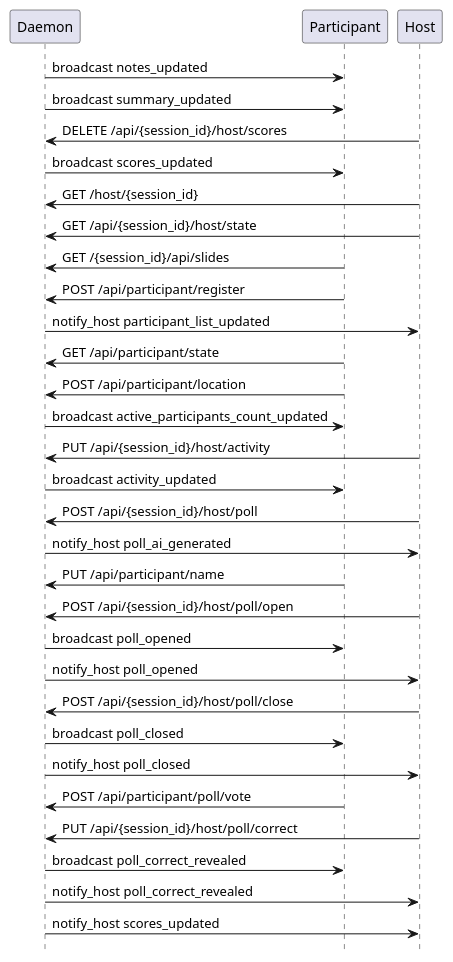
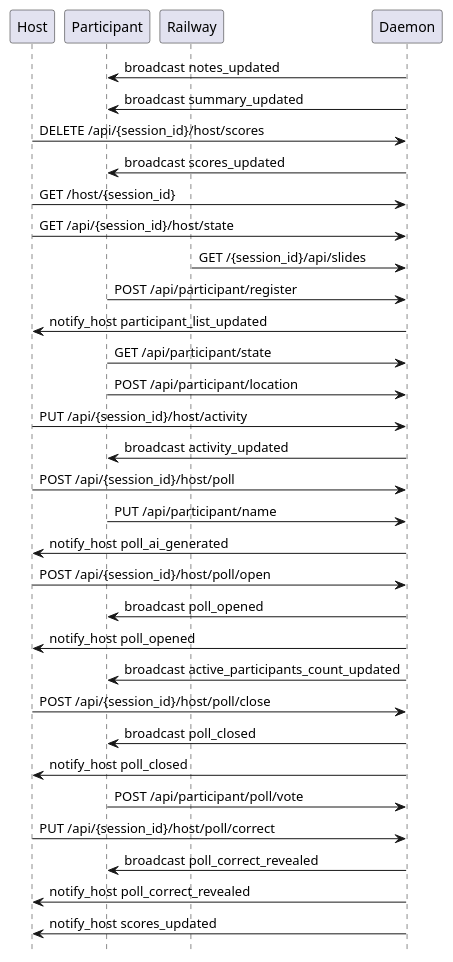
Before and after one commit to victorrentea/training-assistant: the diagram in docs/sequences/generated/03-poll-and-quiz.puml, drawn with PlantUML. The commit also changed 1 other file, not shown here.

```diff
--- a/docs/sequences/generated/03-poll-and-quiz.puml
+++ b/docs/sequences/generated/03-poll-and-quiz.puml
@@ -1,37 +1,38 @@
 @startuml
 hide footbox
 
+participant "Host"
+participant "Participant"
+participant "Railway"
 participant "Daemon"
-participant "Participant"
-participant "Host"
 
 "Daemon" -> "Participant": broadcast notes_updated
 "Daemon" -> "Participant": broadcast summary_updated
 "Host" -> "Daemon": DELETE /api/{session_id}/host/scores
 "Daemon" -> "Participant": broadcast scores_updated
 "Host" -> "Daemon": GET /host/{session_id}
 "Host" -> "Daemon": GET /api/{session_id}/host/state
-"Participant" -> "Daemon": GET /{session_id}/api/slides
+"Railway" -> "Daemon": GET /{session_id}/api/slides
 "Participant" -> "Daemon": POST /api/participant/register
 "Daemon" -> "Host": notify_host participant_list_updated
 "Participant" -> "Daemon": GET /api/participant/state
 "Participant" -> "Daemon": POST /api/participant/location
-"Daemon" -> "Participant": broadcast active_participants_count_updated
 "Host" -> "Daemon": PUT /api/{session_id}/host/activity
 "Daemon" -> "Participant": broadcast activity_updated
 "Host" -> "Daemon": POST /api/{session_id}/host/poll
+"Participant" -> "Daemon": PUT /api/participant/name
 "Daemon" -> "Host": notify_host poll_ai_generated
-"Participant" -> "Daemon": PUT /api/participant/name
 "Host" -> "Daemon": POST /api/{session_id}/host/poll/open
 "Daemon" -> "Participant": broadcast poll_opened
 "Daemon" -> "Host": notify_host poll_opened
+"Daemon" -> "Participant": broadcast active_participants_count_updated
 "Host" -> "Daemon": POST /api/{session_id}/host/poll/close
 "Daemon" -> "Participant": broadcast poll_closed
 "Daemon" -> "Host": notify_host poll_closed
 "Participant" -> "Daemon": POST /api/participant/poll/vote
 "Host" -> "Daemon": PUT /api/{session_id}/host/poll/correct
 "Daemon" -> "Participant": broadcast poll_correct_revealed
 "Daemon" -> "Host": notify_host poll_correct_revealed
 "Daemon" -> "Host": notify_host scores_updated
 
 @enduml
```
